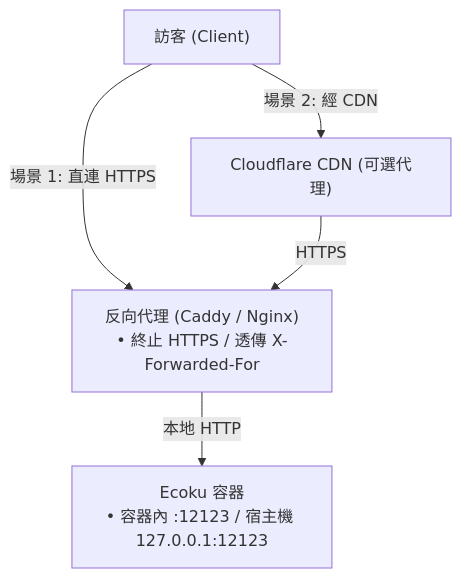
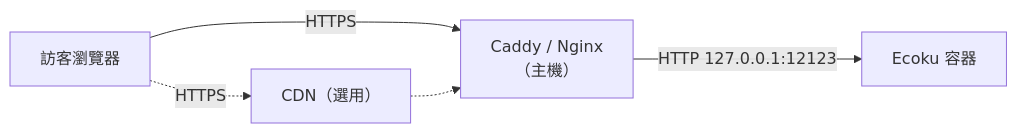
One commit to DejavuMoe/Ecoku changed the diagram in docs/zh-hant/self-hosting/reverse-proxy.md. Above: the diagram before and after it, drawn with Mermaid. The commit also changed other lines of this file and 165 other files, not shown here.

````diff
--- a/docs/zh-hant/self-hosting/reverse-proxy.md
+++ b/docs/zh-hant/self-hosting/reverse-proxy.md
@@ -9,12 +12,6 @@
 ```mermaid
-flowchart TD
-    V["訪客 (Client)"]
-    CDN["Cloudflare CDN (可選代理)"]
-    Proxy["反向代理 (Caddy / Nginx)<br/>• 終止 HTTPS / 透傳 X-Forwarded-For"]
-    Container["Ecoku 容器<br/>• 容器內 :12123 / 宿主機 127.0.0.1:12123"]
-
-    V -->|場景 1: 直連 HTTPS| Proxy
-    V -->|場景 2: 經 CDN| CDN
-    CDN -->|HTTPS| Proxy
-    Proxy -->|本地 HTTP| Container
+flowchart LR
+    V["訪客瀏覽器"] -->|HTTPS| P["Caddy / Nginx<br/>（主機）"]
+    V -.->|HTTPS| C["CDN（選用）"] -.-> P
+    P -->|"HTTP 127.0.0.1:12123"| E["Ecoku 容器"]
 ```
````
